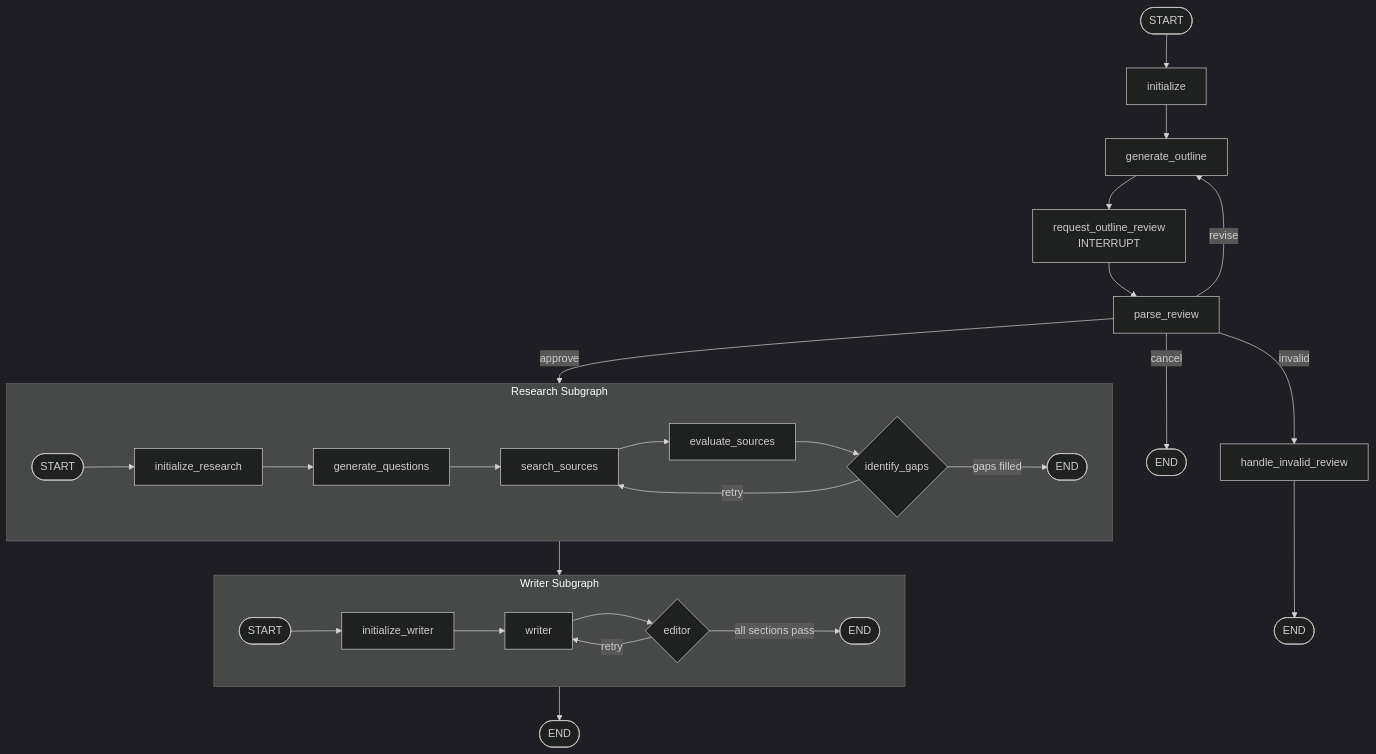
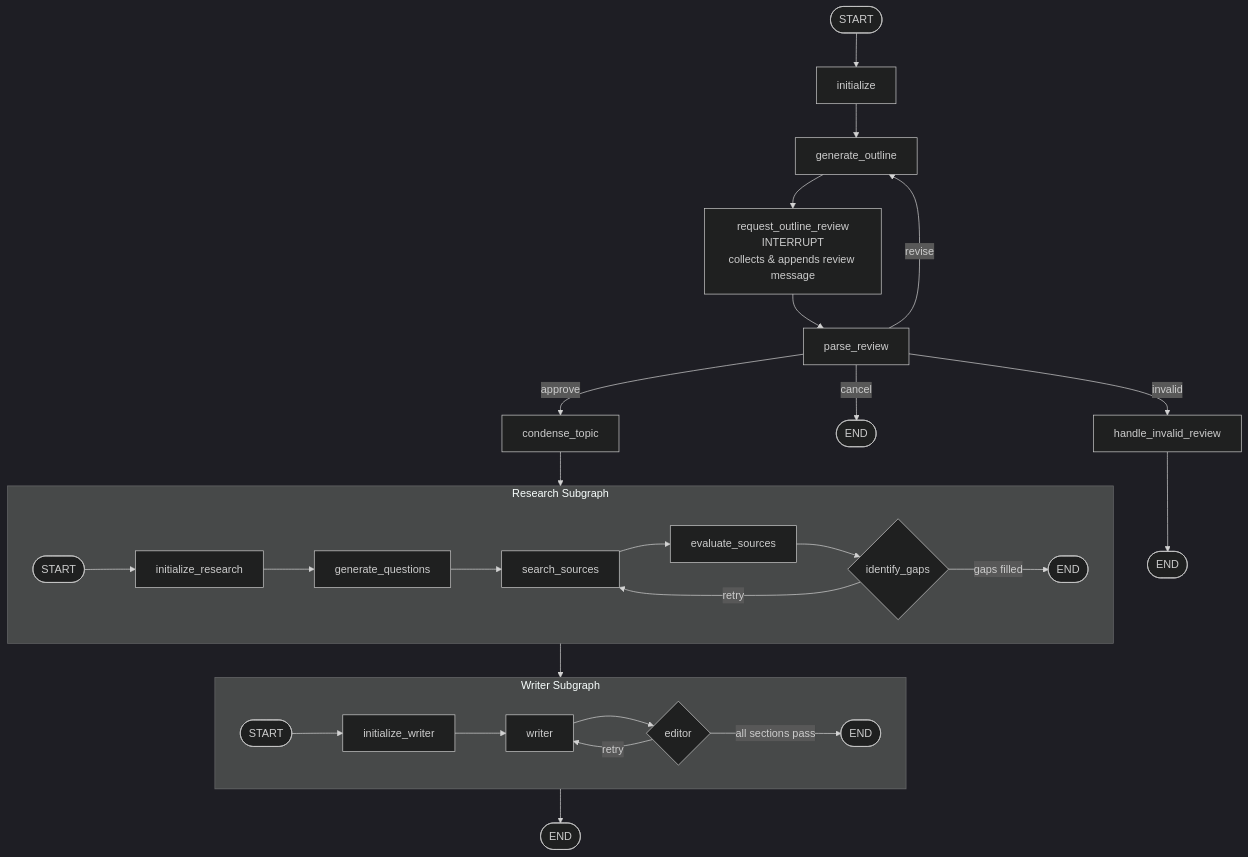
Before and after one commit to RyanJones8538/langgraph-research-assistant: the diagram in README.md, drawn with Mermaid (dark theme). The commit also changed 3 other files, not shown here.

````diff
--- a/README.md
+++ b/README.md
@@ -1,35 +1,37 @@
 ```mermaid
 graph TD
     START([START]) --> init[initialize]
     init --> outline[generate_outline]
-    outline --> review[request_outline_review\nINTERRUPT]
+    outline --> review[request_outline_review\nINTERRUPT\ncollects & appends review message]
     review --> parse[parse_review]
 
-    parse -->|approve| R
+    parse -->|approve| condense[condense_topic]
     parse -->|revise| outline
     parse -->|cancel| END1([END])
     parse -->|invalid| inv[handle_invalid_review]
     inv --> END2([END])
+
+    condense --> R
 
     subgraph R [Research Subgraph]
         r1([START]) --> r2[initialize_research]
         r2 --> r3[generate_questions]
         r3 --> r4[search_sources]
         r4 --> r5[evaluate_sources]
         r5 --> r6{identify_gaps}
         r6 -->|gaps filled| r7([END])
         r6 -->|retry| r4
     end
 
     R --> W
 
     subgraph W [Writer Subgraph]
         w1([START]) --> w2[initialize_writer]
         w2 --> w3[writer]
         w3 --> w4{editor}
         w4 -->|all sections pass| w5([END])
         w4 -->|retry| w3
     end
 
     W --> END3([END])
 ```
````
